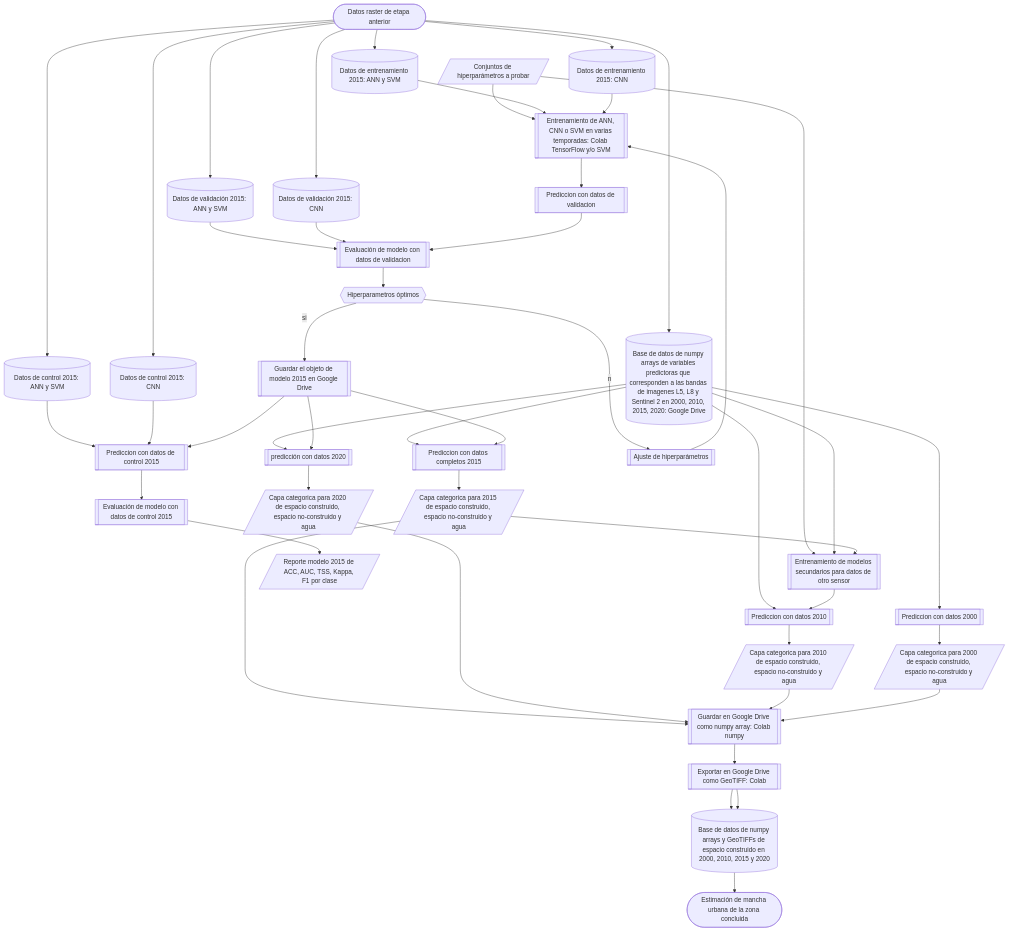
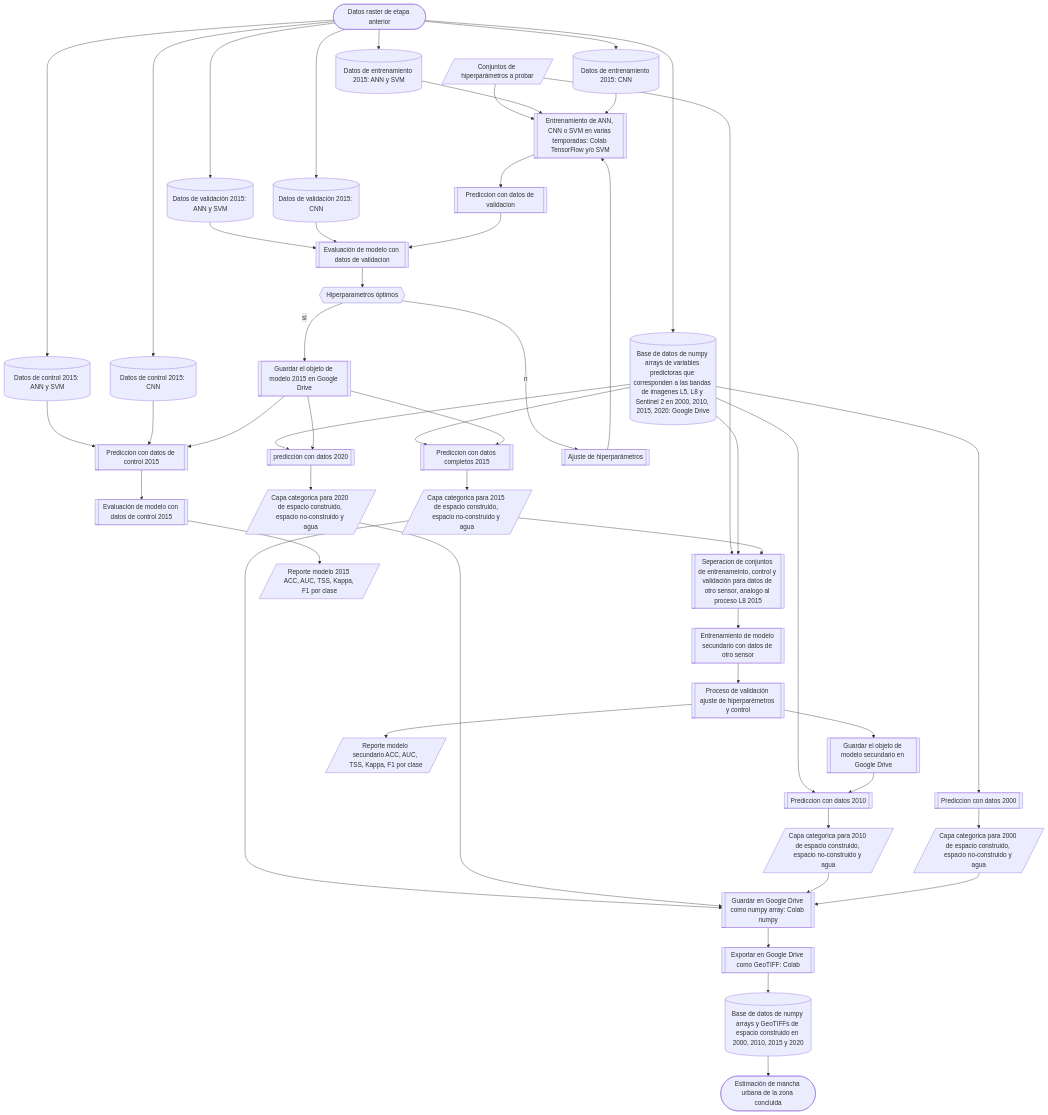
Before and after one commit to vshalisko/GEE: the diagram in AUEM/Esquemas/Esquema_de_procesos_2.mermaid, drawn with Mermaid.

```diff
--- a/AUEM/Esquemas/Esquema_de_procesos_2.mermaid
+++ b/AUEM/Esquemas/Esquema_de_procesos_2.mermaid
@@ -1,66 +1,70 @@
 flowchart TD
 
   H1[/Conjuntos de hiperparámetros a probar/]
   H1-->ANN1
   H1-->MODEL8
 
   START([Datos raster de etapa anterior])
   START-->E3A
   START-->F2A
   START-->F2B
   START-->F2C
   START-->F3A
   START-->F3B
   START-->F3C
 
   E3A[(Base de datos de numpy arrays de variables predictoras que corresponden a las bandas de imagenes L5, L8 y Sentinel 2 en 2000, 2010, 2015, 2020: Google Drive)]
   E3A-->MODEL4
   E3A-->MODEL6
   E3A-->MODEL8
   E3A-->MODEL9
   E3A-->MODEL10
 
   F2A[(Datos de entrenamiento 2015: ANN y SVM)]
   F2A-->ANN1
   F2B[(Datos de validación 2015: ANN y SVM)]
   F2B-->ANN3
   F2C[(Datos de control 2015: ANN y SVM)]
   F2C-->MODEL2
   F3A[(Datos de entrenamiento 2015: CNN)]
   F3A-->ANN1
   F3B[(Datos de validación 2015: CNN)]
   F3B-->ANN3
   F3C[(Datos de control 2015: CNN)]
   F3C-->MODEL2
 
   ANN1[[Entrenamiento de ANN, CNN o SVM en varias temporadas: Colab TensorFlow y/o SVM]]-->ANN2
   ANN2[[Prediccion con datos de validacion]]-->ANN3
   ANN3[[Evaluación de modelo con datos de validacion]]-->ANN4
   ANN4{{Hiperparametros óptimos}}--si-->MODEL1
   ANN4--no-->ANN4A
   ANN4A[[Ajuste de hiperparámetros]]-->ANN1
  
   MODEL1[[Guardar el objeto de modelo 2015 en Google Drive]]-->MODEL2
   MODEL1-->MODEL4
   MODEL1-->MODEL6
   MODEL2[[Prediccion con datos de control 2015]]-->MODEL3
   MODEL3[[Evaluación de modelo con datos de control 2015]]-->MODEL3A
-  MODEL3A[/Reporte modelo 2015 de ACC, AUC, TSS, Kappa, F1 por clase/]
+  MODEL3A[/Reporte modelo 2015 ACC, AUC, TSS, Kappa, F1 por clase/]
   MODEL4[[Prediccion con datos completos 2015]]-->MODEL5
   MODEL5[/Capa categorica para 2015 de espacio construido, espacio no-construido y agua/]-->Z1
   MODEL5-->MODEL8
   MODEL6[[predicción con datos 2020]]-->MODEL6A
   MODEL6A[/Capa categorica para 2020 de espacio construido, espacio no-construido y agua/]-->Z1
 
-  MODEL8[[Entrenamiento de modelos secundarios para datos de otro sensor]]-->MODEL9
+  MODEL8[[Seperacion de conjuntos de entrenameinto, control y validación para datos de otro sensor, analogo al proceso L8 2015]]-->MODEL8A
+  MODEL8A[[Entrenamiento de modelo secundario con datos de otro sensor]]-->MODEL8B
+  MODEL8B[[Proceso de validación ajuste de hiperparémetros y control]]-->MODEL8C
+  MODEL8B-->MODEL8D
+  MODEL8C[[Guardar el objeto de modelo secundario en Google Drive]]-->MODEL9
+  MODEL8D[/Reporte modelo secundario ACC, AUC, TSS, Kappa, F1 por clase/]
   MODEL9[[Prediccion con datos 2010]]-->MODEL9A
   MODEL9A[/Capa categorica para 2010 de espacio construido, espacio no-construido y agua/]-->Z1
   MODEL10[[Prediccion con datos 2000]]-->MODEL10A
   MODEL10A[/Capa categorica para 2000 de espacio construido, espacio no-construido y agua/]-->Z1
 
   Z1[[Guardar en Google Drive como numpy array: Colab numpy]]-->Z2
   Z2[[Exportar en Google Drive como GeoTIFF: Colab]]-->Z4
-  Z2-->Z4
   Z4[(Base de datos de numpy arrays y GeoTIFFs de espacio construido en 2000, 2010, 2015 y 2020)]-->END
 
   END([Estimación de mancha urbana de la zona concluida])
```
